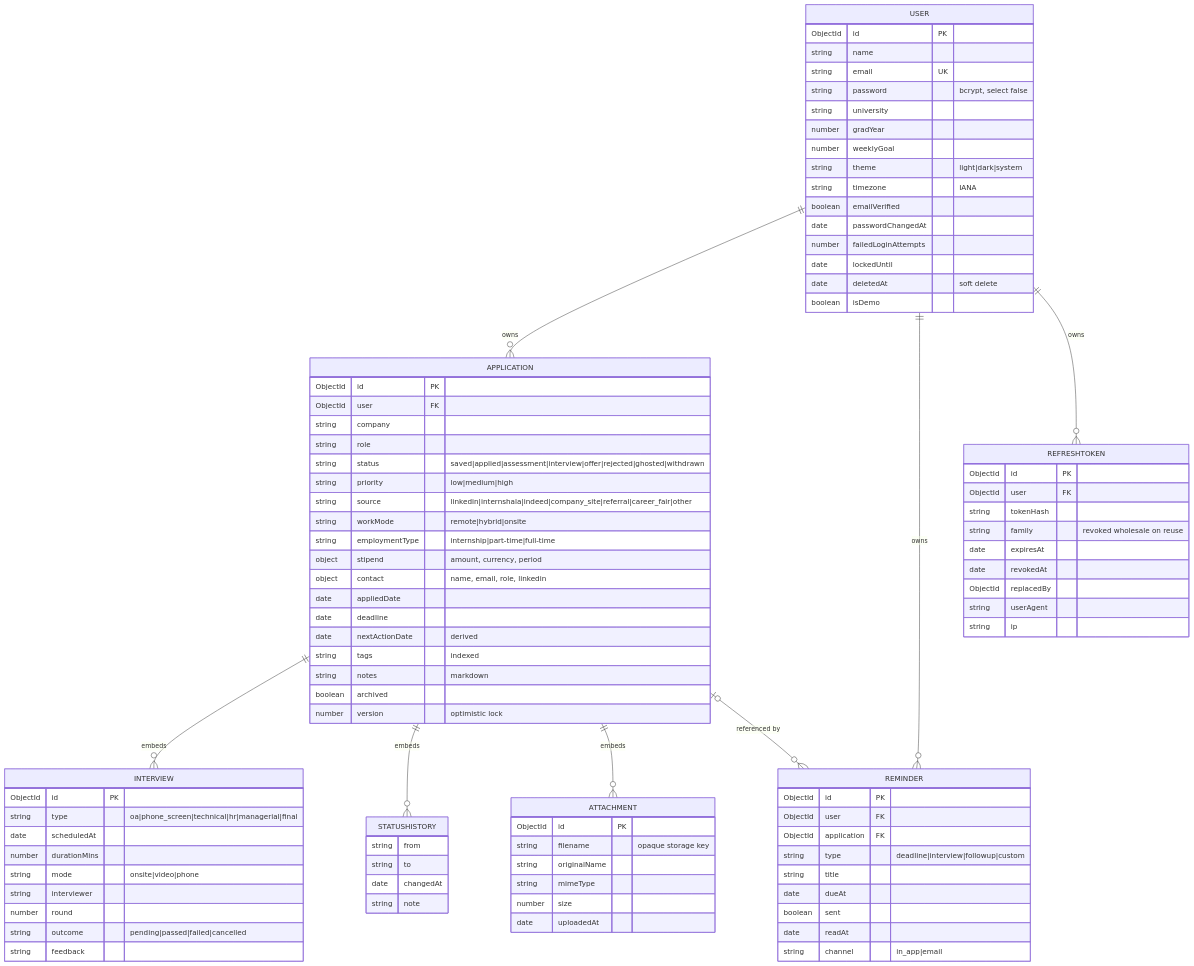
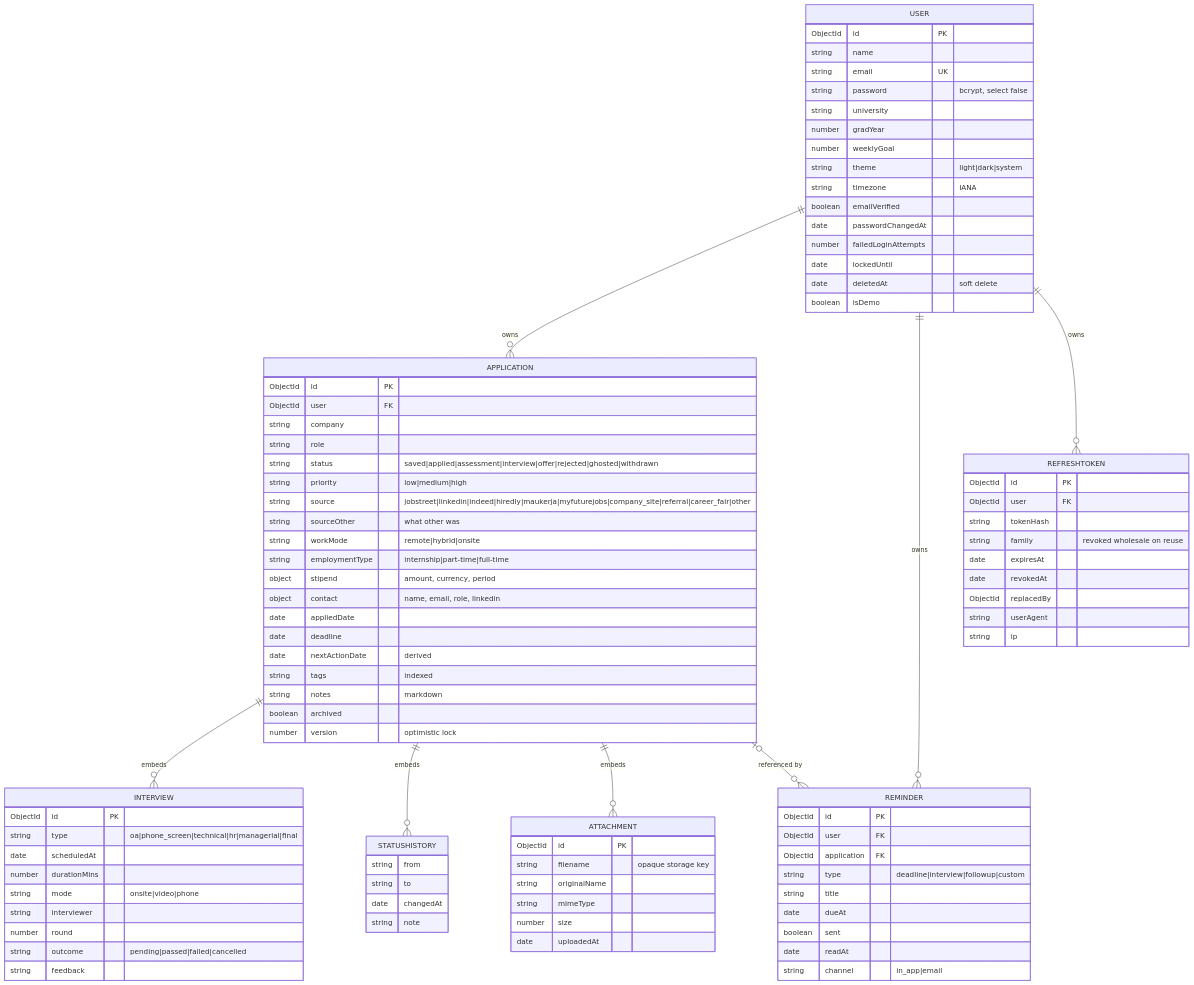
Before and after one commit to naabelverse/internship-tracker: the second of 2 diagrams in README.md, drawn with Mermaid. The commit also changed 25 other files, not shown here.

```diff
--- a/README.md
+++ b/README.md
@@ -406,7 +406,8 @@
         string role
         string status "saved|applied|assessment|interview|offer|rejected|ghosted|withdrawn"
         string priority "low|medium|high"
-        string source "linkedin|internshala|indeed|company_site|referral|career_fair|other"
+        string source "jobstreet|linkedin|indeed|hiredly|maukerja|myfuturejobs|company_site|referral|career_fair|other"
+        string sourceOther "what other was"
         string workMode "remote|hybrid|onsite"
         string employmentType "internship|part-time|full-time"
         object stipend "amount, currency, period"
```
